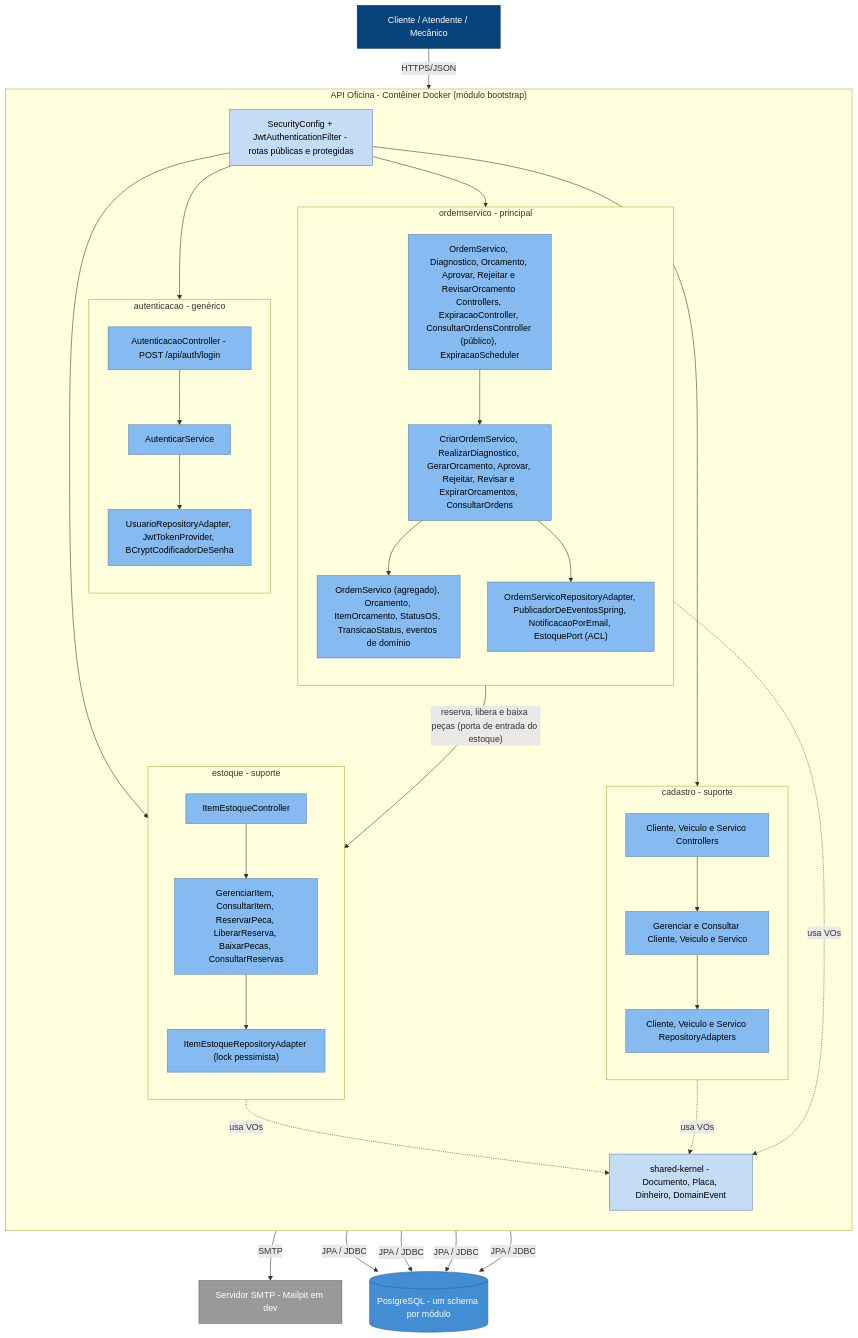
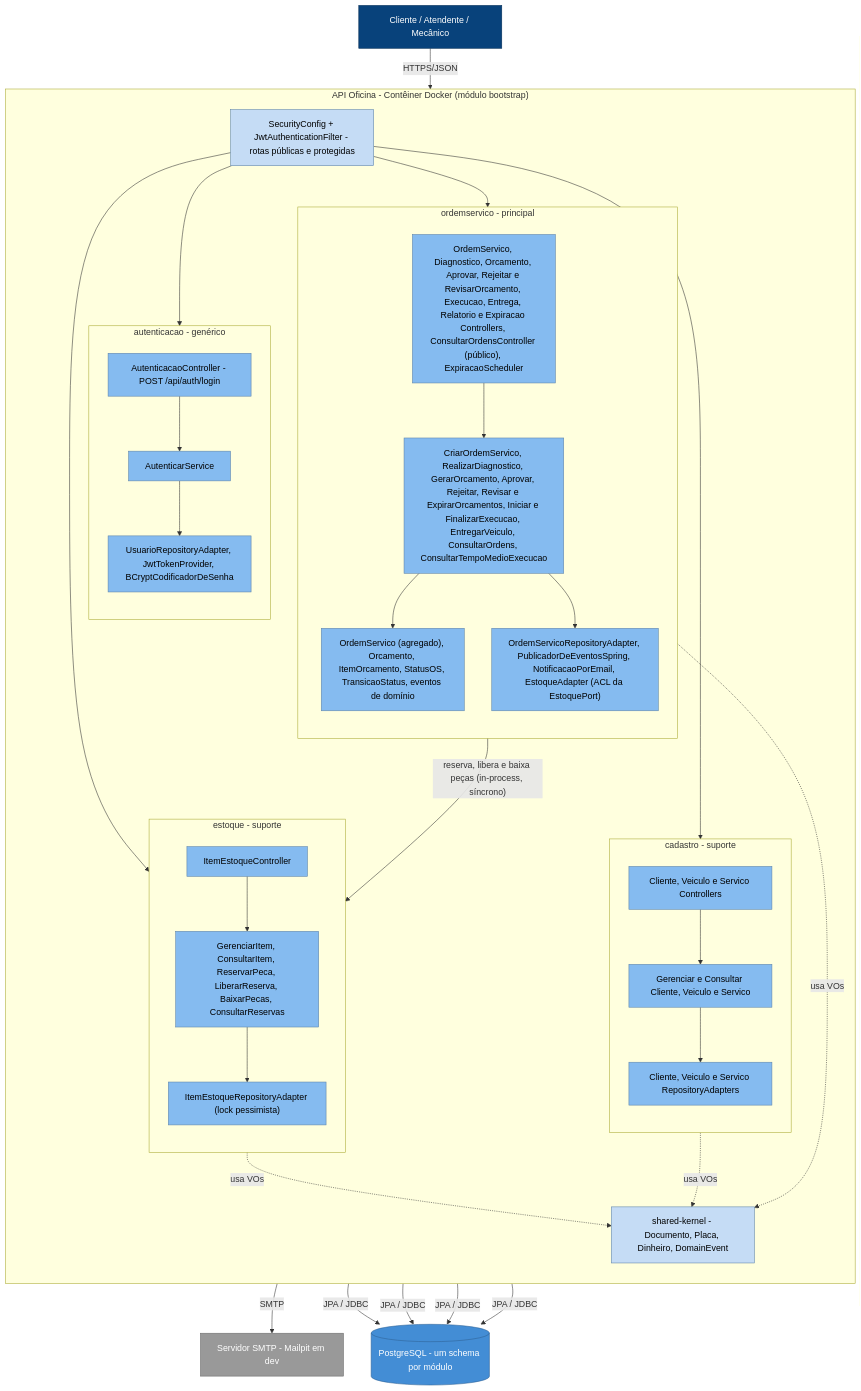
The diagram in docs/c4/c4-nivel3-componentes.mmd (RafaelCardoso11/SOAT-Fase-1-Tech-Challenge), drawn with Mermaid before and after one commit. The commit also changed 3 other files, not shown here.

Commit message:
docs: atualiza README, arquitetura e diagramas com UC09-UC13 e integracao com estoque (#87)

```diff
--- a/docs/c4/c4-nivel3-componentes.mmd
+++ b/docs/c4/c4-nivel3-componentes.mmd
@@ -1,68 +1,68 @@
 %% C4 Nível 3 - Componentes da API Oficina. Feito como flowchart (e não C4Component) para importar no Miro.
 %% Um subgraph por bounded context; dentro dele, as camadas hexagonais. Só as ligações entre camadas e
 %% entre contextos aparecem, para o diagrama não virar um emaranhado de setas.
 flowchart TB
     USR["Cliente / Atendente / Mecânico"]
 
     subgraph API["API Oficina - Contêiner Docker (módulo bootstrap)"]
         direction TB
 
         SEC["SecurityConfig + JwtAuthenticationFilter - rotas públicas e protegidas"]
 
         subgraph AUTH["autenticacao - genérico"]
             direction TB
             A_IN["AutenticacaoController - POST /api/auth/login"]
             A_UC["AutenticarService"]
             A_OUT["UsuarioRepositoryAdapter, JwtTokenProvider, BCryptCodificadorDeSenha"]
         end
 
         subgraph OS["ordemservico - principal"]
             direction TB
-            O_IN["OrdemServico, Diagnostico, Orcamento, Aprovar, Rejeitar e RevisarOrcamento Controllers, ExpiracaoController, ConsultarOrdensController (público), ExpiracaoScheduler"]
-            O_UC["CriarOrdemServico, RealizarDiagnostico, GerarOrcamento, Aprovar, Rejeitar, Revisar e ExpirarOrcamentos, ConsultarOrdens"]
+            O_IN["OrdemServico, Diagnostico, Orcamento, Aprovar, Rejeitar e RevisarOrcamento, Execucao, Entrega, Relatorio e Expiracao Controllers, ConsultarOrdensController (público), ExpiracaoScheduler"]
+            O_UC["CriarOrdemServico, RealizarDiagnostico, GerarOrcamento, Aprovar, Rejeitar, Revisar e ExpirarOrcamentos, Iniciar e FinalizarExecucao, EntregarVeiculo, ConsultarOrdens, ConsultarTempoMedioExecucao"]
             O_DOM["OrdemServico (agregado), Orcamento, ItemOrcamento, StatusOS, TransicaoStatus, eventos de domínio"]
-            O_OUT["OrdemServicoRepositoryAdapter, PublicadorDeEventosSpring, NotificacaoPorEmail, EstoquePort (ACL)"]
+            O_OUT["OrdemServicoRepositoryAdapter, PublicadorDeEventosSpring, NotificacaoPorEmail, EstoqueAdapter (ACL da EstoquePort)"]
         end
 
         subgraph CAD["cadastro - suporte"]
             direction TB
             C_IN["Cliente, Veiculo e Servico Controllers"]
             C_UC["Gerenciar e Consultar Cliente, Veiculo e Servico"]
             C_OUT["Cliente, Veiculo e Servico RepositoryAdapters"]
         end
 
         subgraph EST["estoque - suporte"]
             direction TB
             E_IN["ItemEstoqueController"]
             E_UC["GerenciarItem, ConsultarItem, ReservarPeca, LiberarReserva, BaixarPecas, ConsultarReservas"]
             E_OUT["ItemEstoqueRepositoryAdapter (lock pessimista)"]
         end
 
         SK["shared-kernel - Documento, Placa, Dinheiro, DomainEvent"]
     end
 
     DB[("PostgreSQL - um schema por módulo")]
     MAIL["Servidor SMTP - Mailpit em dev"]
 
     USR -- "HTTPS/JSON" --> SEC
     SEC --> A_IN & O_IN & C_IN & E_IN
     A_IN --> A_UC --> A_OUT
     O_IN --> O_UC --> O_DOM
     O_UC --> O_OUT
     C_IN --> C_UC --> C_OUT
     E_IN --> E_UC --> E_OUT
-    O_OUT -- "reserva, libera e baixa peças (porta de entrada do estoque)" --> E_UC
+    O_OUT -- "reserva, libera e baixa peças (in-process, síncrono)" --> E_UC
     O_OUT -- "SMTP" --> MAIL
     A_OUT & O_OUT & C_OUT & E_OUT -- "JPA / JDBC" --> DB
     O_DOM & C_UC & E_UC -. "usa VOs" .-> SK
 
     classDef pessoa fill:#08427B,stroke:#052E56,color:#fff
     classDef componente fill:#85BBF0,stroke:#5D82A8,color:#000
     classDef transversal fill:#C5DCF5,stroke:#5D82A8,color:#000
     classDef externo fill:#999999,stroke:#6B6B6B,color:#fff
     classDef banco fill:#438DD5,stroke:#2E6295,color:#fff
     class USR pessoa
     class A_IN,A_UC,A_OUT,O_IN,O_UC,O_DOM,O_OUT,C_IN,C_UC,C_OUT,E_IN,E_UC,E_OUT componente
     class SEC,SK transversal
     class DB banco
     class MAIL externo
```
